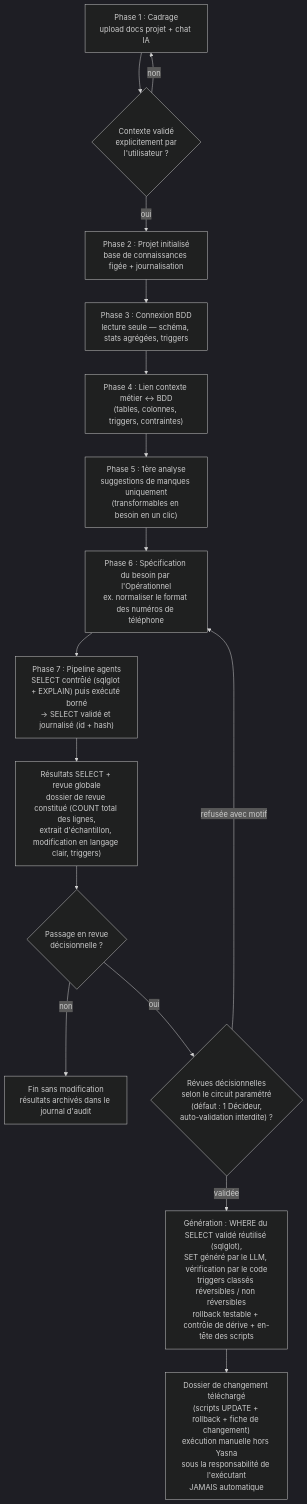
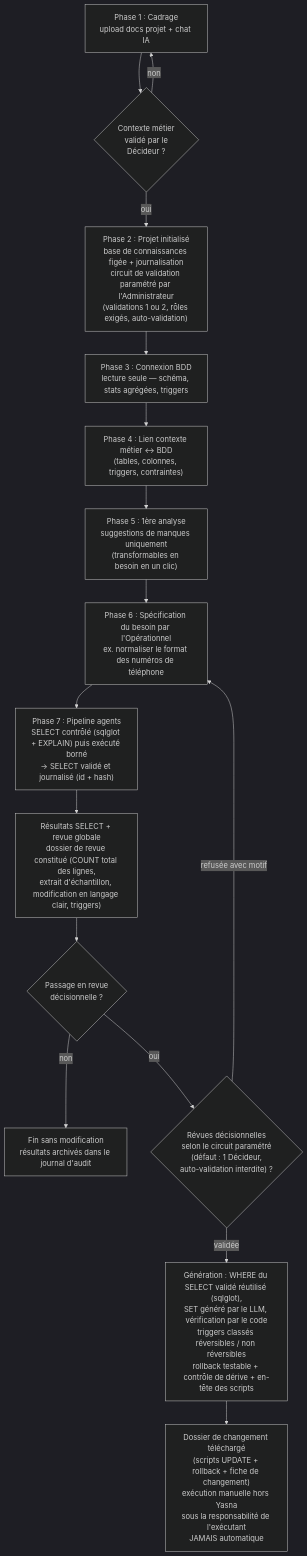
One commit to Choori279/Yasna changed the fifth of 5 diagrams in Yasna_Schemas_Parcours.md. Above: the diagram before and after it, drawn with Mermaid (dark theme). The commit also changed other lines of this file and 1 other file, not shown here.

Commit message:
docs: cohérence transversale après C-H (rôles, OIDC générique, libellés)

````diff
--- a/Yasna_Schemas_Parcours.md
+++ b/Yasna_Schemas_Parcours.md
@@ -216,18 +217,18 @@
 ```mermaid
 flowchart TD
-    P1["Phase 1 : Cadrage<br/>upload docs projet + chat IA"] --> D1{"Contexte validé<br/>explicitement par<br/>l'utilisateur ?"}
+    P1["Phase 1 : Cadrage<br/>upload docs projet + chat IA"] --> D1{"Contexte métier<br/>validé par le<br/>Décideur ?"}
     D1 -- non --> P1
-    D1 -- oui --> P2["Phase 2 : Projet initialisé<br/>base de connaissances figée + journalisation"]
+    D1 -- oui --> P2["Phase 2 : Projet initialisé<br/>base de connaissances figée + journalisation<br/>circuit de validation paramétré par l'Administrateur<br/>(validations 1 ou 2, rôles exigés, auto-validation)"]
     P2 --> P3["Phase 3 : Connexion BDD<br/>lecture seule — schéma, stats agrégées, triggers"]
     P3 --> P4["Phase 4 : Lien contexte métier ↔ BDD<br/>(tables, colonnes, triggers, contraintes)"]
     P4 --> P5["Phase 5 : 1ère analyse<br/>suggestions de manques uniquement<br/>(transformables en besoin en un clic)"]
     P5 --> P6["Phase 6 : Spécification du besoin par l'Opérationnel<br/>ex. normaliser le format des numéros de téléphone"]
     P6 --> P7["Phase 7 : Pipeline agents<br/>SELECT contrôlé (sqlglot + EXPLAIN) puis exécuté borné<br/>→ SELECT validé et journalisé (id + hash)"]
     P7 --> P8["Résultats SELECT + revue globale<br/>dossier de revue constitué (COUNT total des lignes,<br/>extrait d'échantillon, modification en langage clair, triggers)"]
     P8 --> D2{"Passage en revue<br/>décisionnelle ?"}
     D2 -- non --> F1["Fin sans modification<br/>résultats archivés dans le journal d'audit"]
     D2 -- oui --> D3{"Révues décisionnelles<br/>selon le circuit paramétré<br/>(défaut : 1 Décideur,<br/>auto-validation interdite) ?"}
     D3 -- "refusée avec motif" --> P6
     D3 -- validée --> P9["Génération : WHERE du SELECT validé réutilisé (sqlglot),<br/>SET généré par le LLM, vérification par le code<br/>triggers classés réversibles / non réversibles<br/>rollback testable + contrôle de dérive + en-tête des scripts"]
     P9 --> F2["Dossier de changement téléchargé<br/>(scripts UPDATE + rollback + fiche de changement)<br/>exécution manuelle hors Yasna<br/>sous la responsabilité de l'exécutant<br/>JAMAIS automatique"]
 ```
````
